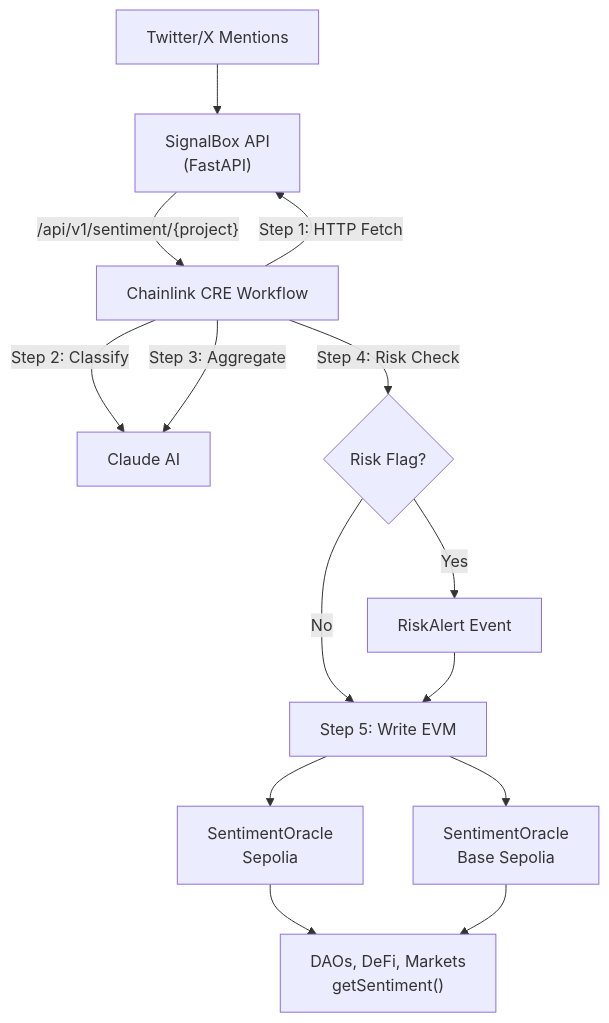
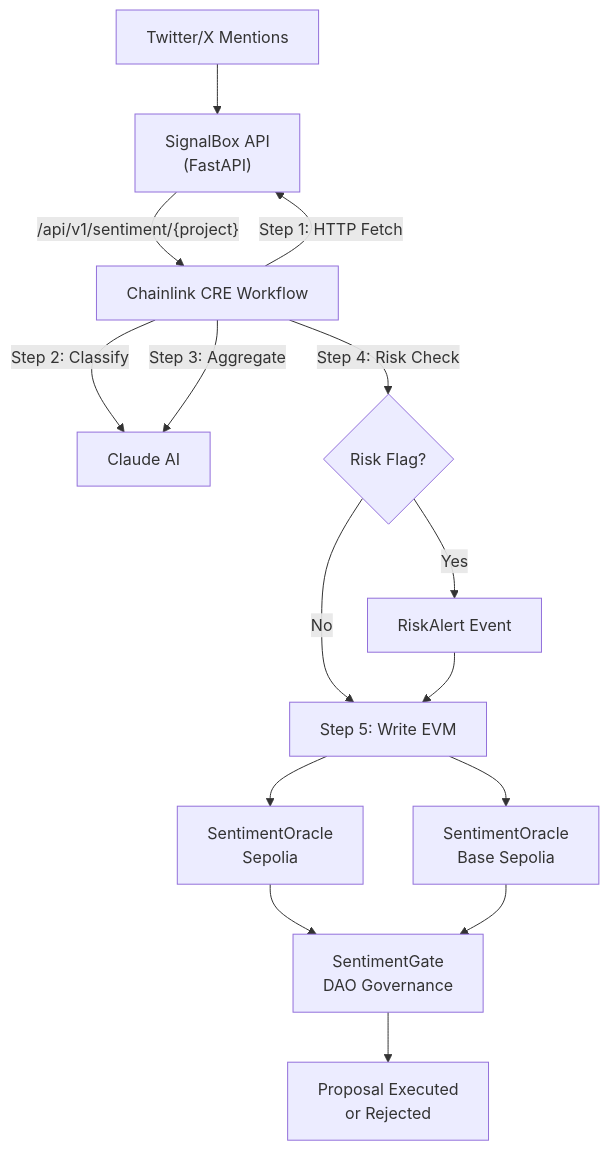
Before and after one commit to Yonkoo11/SignalBox: the diagram in README.md, drawn with Mermaid. The commit also changed other lines of this file and 2 other files, not shown here.

First line of the commit message:
Rewrite README for judge impact: consumer contract, 19 tests, architecture

````diff
--- a/README.md
+++ b/README.md
@@ -313,16 +244,17 @@
 ```mermaid
 graph TD
     A["Twitter/X Mentions"] --> B["SignalBox API<br/>(FastAPI)"]
     B -->|"/api/v1/sentiment/{project}"| C["Chainlink CRE Workflow"]
     C -->|"Step 1: HTTP Fetch"| B
     C -->|"Step 2: Classify"| D["Claude AI"]
     C -->|"Step 3: Aggregate"| D
     C -->|"Step 4: Risk Check"| E{"Risk Flag?"}
     E -->|"Yes"| F["RiskAlert Event"]
     E -->|"No"| G["Step 5: Write EVM"]
     F --> G
     G --> H["SentimentOracle<br/>Sepolia"]
     G --> I["SentimentOracle<br/>Base Sepolia"]
-    H --> J["DAOs, DeFi, Markets<br/>getSentiment()"]
+    H --> J["SentimentGate<br/>DAO Governance"]
     I --> J
+    J --> K["Proposal Executed<br/>or Rejected"]
 ```
````
